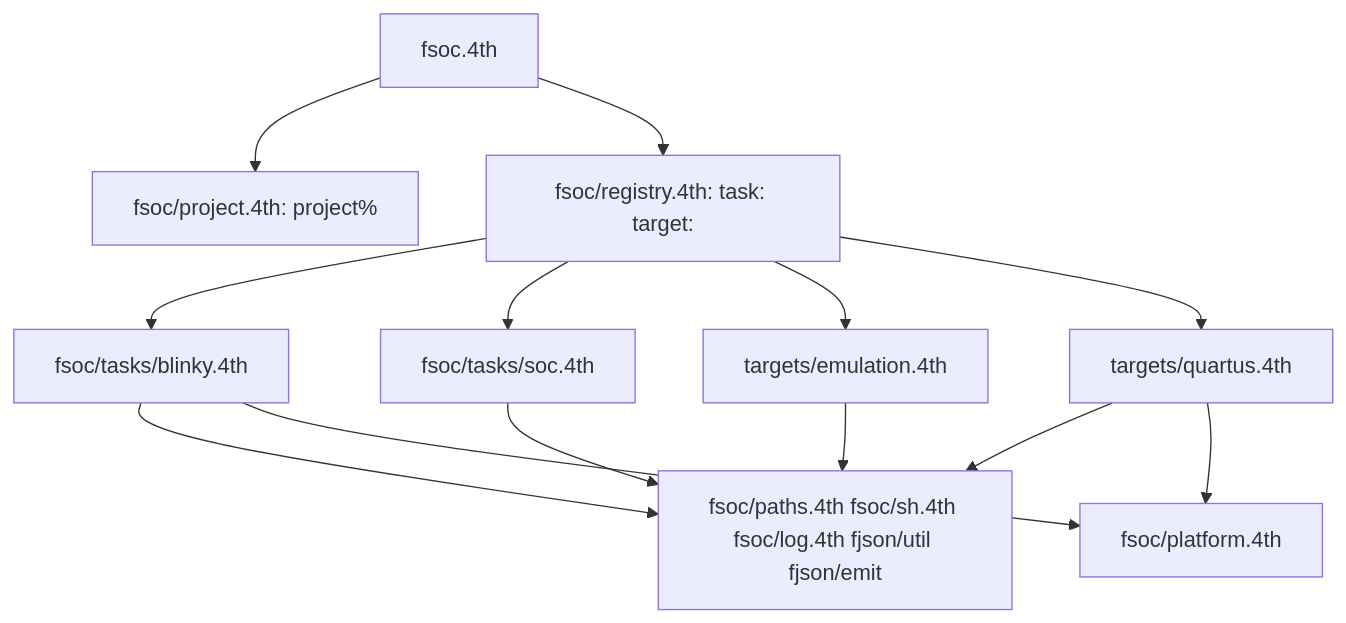
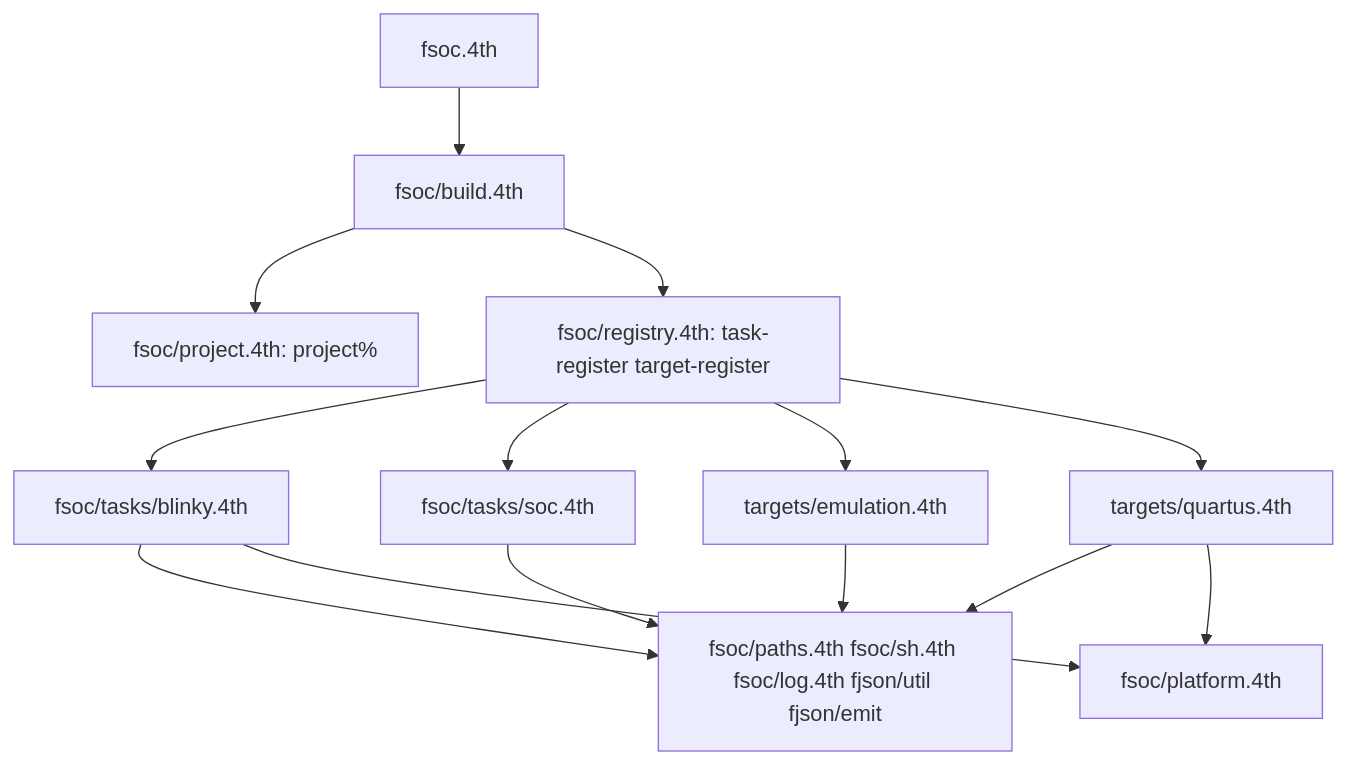
One commit to VitaSound/fsoc changed the second of 2 diagrams in openspec/changes/builder-core/design.md. Above: the diagram before and after it, drawn with Mermaid. The commit also changed other lines of this file and 85 other files, not shown here.

````diff
--- a/openspec/changes/builder-core/design.md
+++ b/openspec/changes/builder-core/design.md
@@ -19,15 +19,16 @@
 ```mermaid
 flowchart TB
-  CLI["fsoc.4th"] --> PROJ["fsoc/project.4th: project%"]
-  CLI --> REG["fsoc/registry.4th: task: target:"]
+  CLI["fsoc.4th"] --> BUILD["fsoc/build.4th"]
+  BUILD --> PROJ["fsoc/project.4th: project%"]
+  BUILD --> REG["fsoc/registry.4th: task-register target-register"]
   REG --> TB["fsoc/tasks/blinky.4th"]
   REG --> TS["fsoc/tasks/soc.4th"]
   REG --> TE["targets/emulation.4th"]
   REG --> TQ["targets/quartus.4th"]
   TB --> CORE["fsoc/paths.4th fsoc/sh.4th fsoc/log.4th fjson/util fjson/emit"]
   TS --> CORE
   TE --> CORE
   TQ --> CORE
   TQ --> PLAT["fsoc/platform.4th"]
   TB --> PLAT
 ```
````
